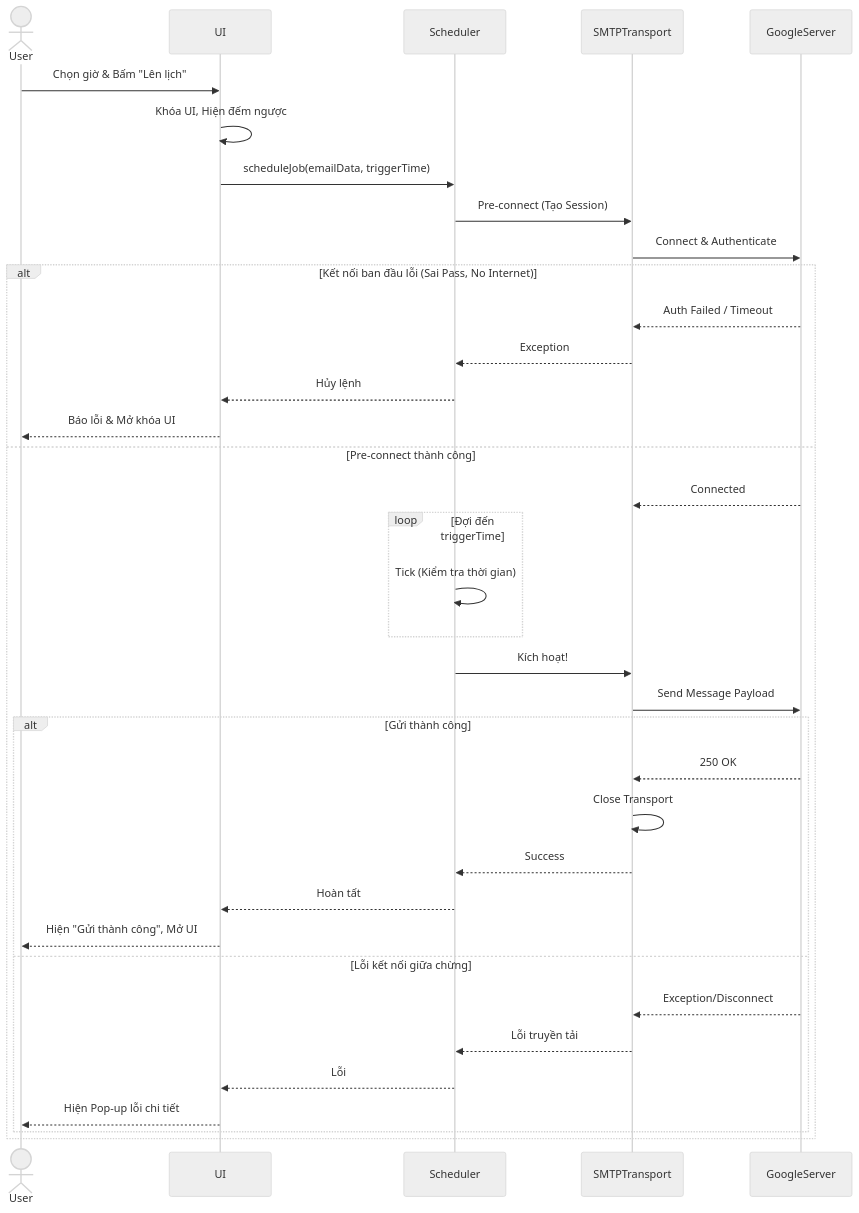
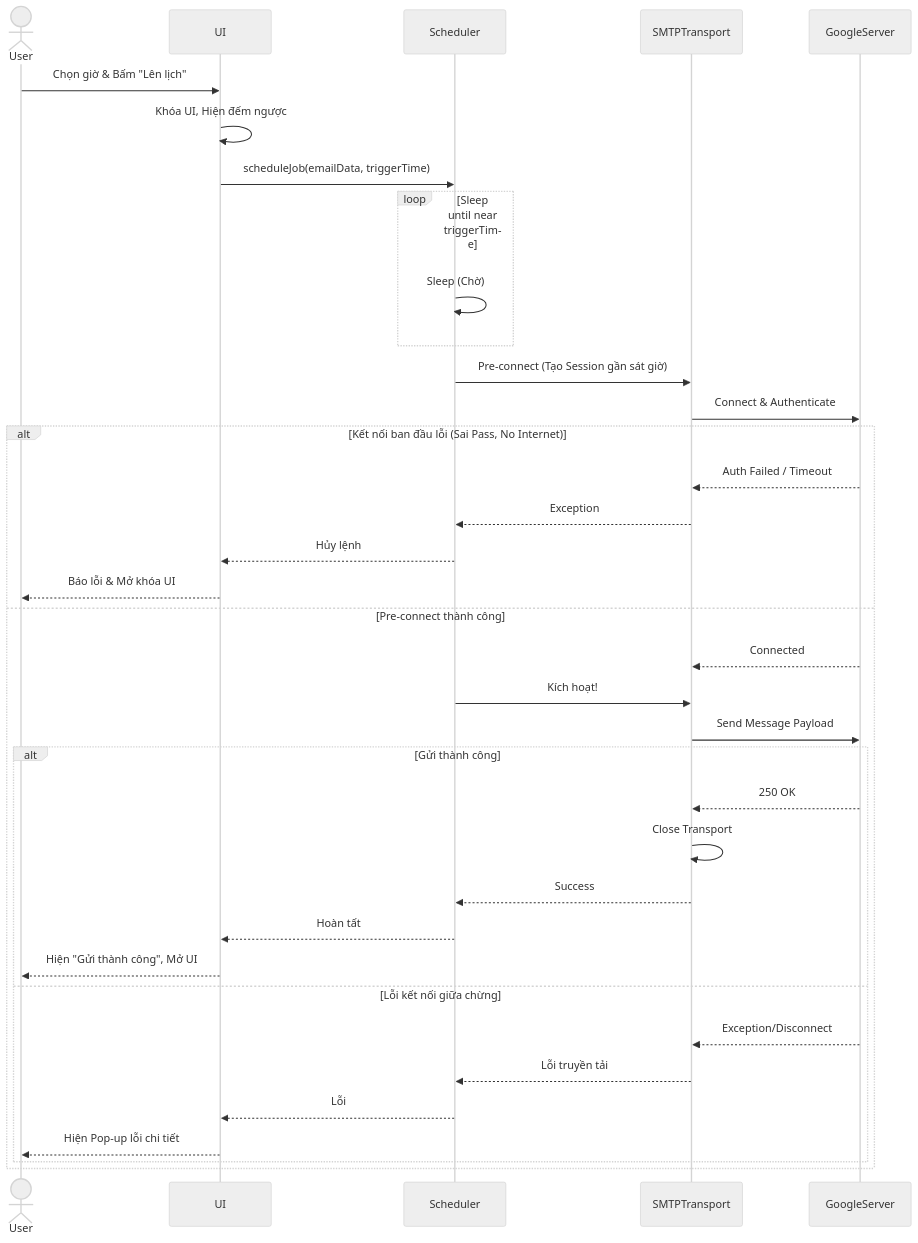
The sixth of 6 diagrams in document/Use Case Specification.md (vthiet/PrecisionMail), drawn with Mermaid (neutral theme) before and after one commit. The commit also changed other lines of this file and 5 other files, not shown here.

````diff
--- a/document/Use Case Specification.md
+++ b/document/Use Case Specification.md
@@ -269,44 +276,44 @@
 ```mermaid
 sequenceDiagram
     actor User
     participant UI
     participant Scheduler
     participant SMTPTransport
     participant GoogleServer
     
     User->>UI: Chọn giờ & Bấm "Lên lịch"
     UI->>UI: Khóa UI, Hiện đếm ngược
     UI->>Scheduler: scheduleJob(emailData, triggerTime)
     
-    Scheduler->>SMTPTransport: Pre-connect (Tạo Session)
+    loop Sleep until near triggerTime
+        Scheduler->>Scheduler: Sleep (Chờ)
+    end
+
+    Scheduler->>SMTPTransport: Pre-connect (Tạo Session gần sát giờ)
     SMTPTransport->>GoogleServer: Connect & Authenticate
     
     alt Kết nối ban đầu lỗi (Sai Pass, No Internet)
         GoogleServer-->>SMTPTransport: Auth Failed / Timeout
         SMTPTransport-->>Scheduler: Exception
         Scheduler-->>UI: Hủy lệnh
         UI-->>User: Báo lỗi & Mở khóa UI
     else Pre-connect thành công
         GoogleServer-->>SMTPTransport: Connected
-        
-        loop Đợi đến triggerTime
-            Scheduler->>Scheduler: Tick (Kiểm tra thời gian)
-        end
         
         Scheduler->>SMTPTransport: Kích hoạt!
         SMTPTransport->>GoogleServer: Send Message Payload
         
         alt Gửi thành công
             GoogleServer-->>SMTPTransport: 250 OK
             SMTPTransport->>SMTPTransport: Close Transport
             SMTPTransport-->>Scheduler: Success
             Scheduler-->>UI: Hoàn tất
             UI-->>User: Hiện "Gửi thành công", Mở UI
         else Lỗi kết nối giữa chừng
             GoogleServer-->>SMTPTransport: Exception/Disconnect
             SMTPTransport-->>Scheduler: Lỗi truyền tải
             Scheduler-->>UI: Lỗi
             UI-->>User: Hiện Pop-up lỗi chi tiết
         end
     end
 ```
````
